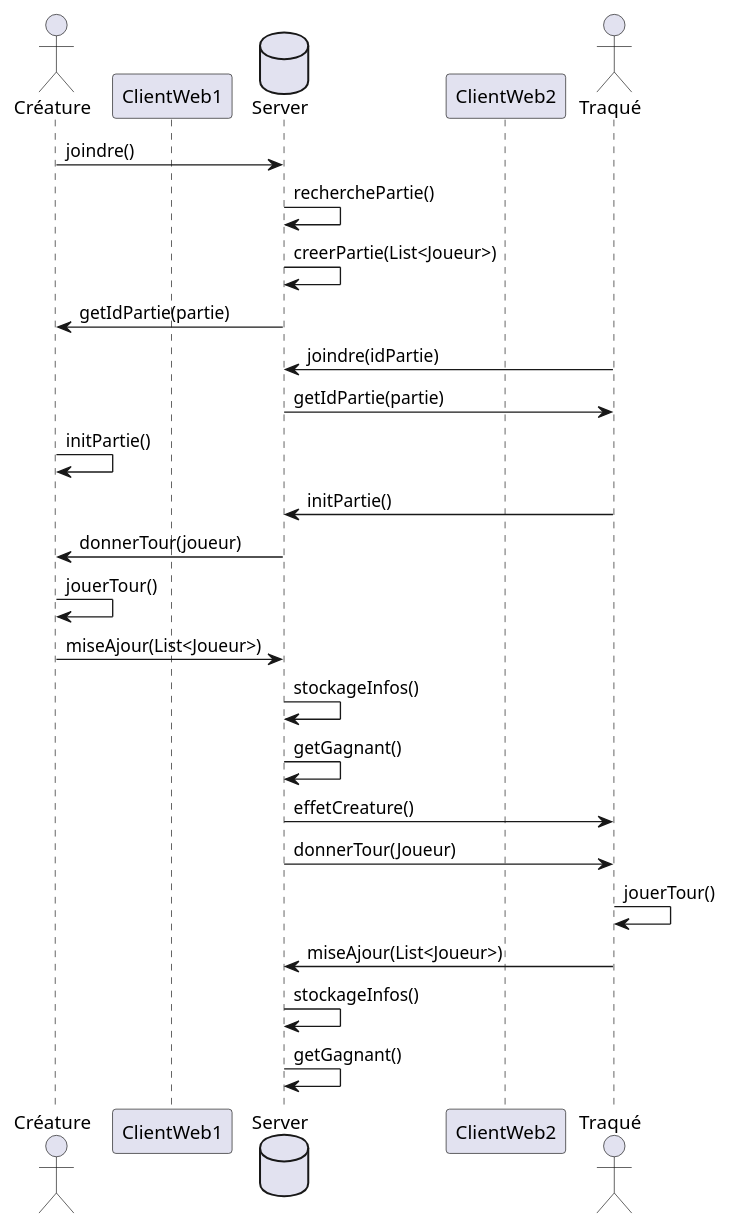
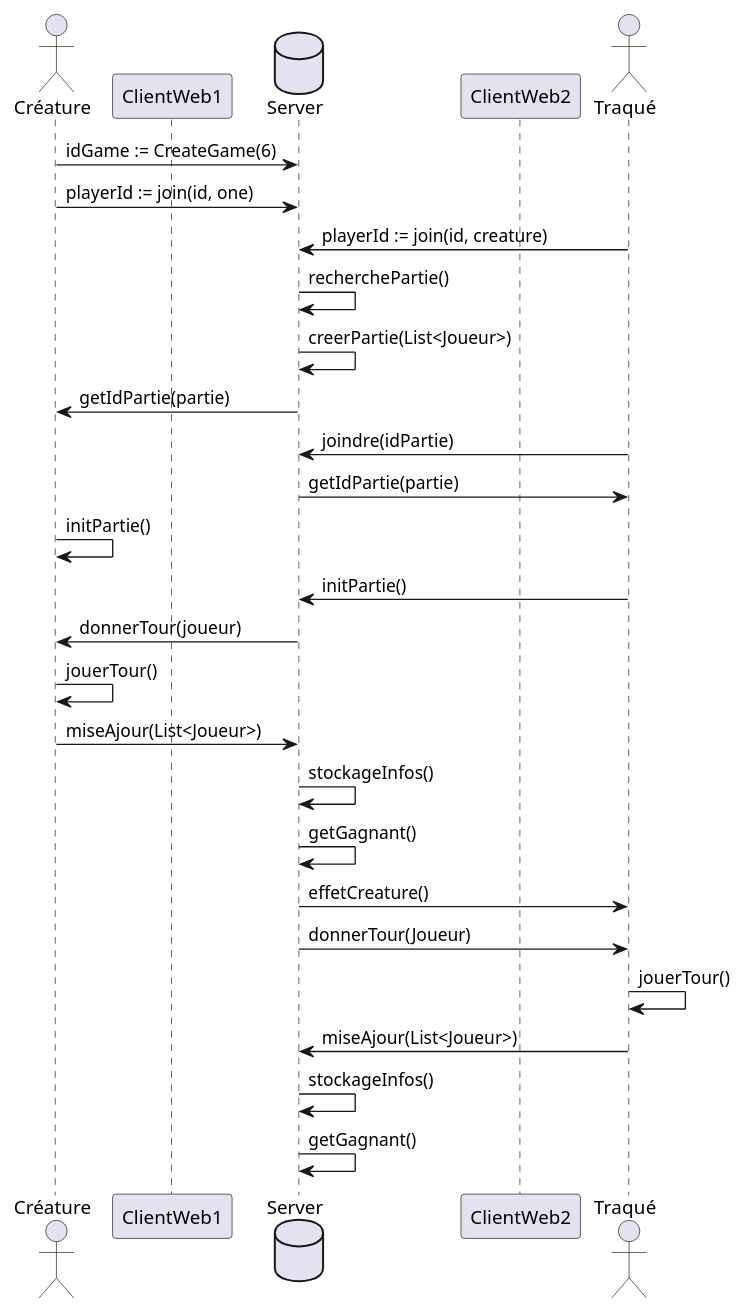
One commit to mdiallogn/Not-Alone changed the diagram in not-alone-doc/src/doc/asciidoc/_sections/diagrams/sequences.puml. Above: the diagram before and after it, drawn with PlantUML. The commit also changed 44 other files, not shown here.

```diff
--- a/not-alone-doc/src/doc/asciidoc/_sections/diagrams/sequences.puml
+++ b/not-alone-doc/src/doc/asciidoc/_sections/diagrams/sequences.puml
@@ -1,32 +1,34 @@
 @startuml
 
 actor Créature
 participant ClientWeb1
 database Server
 participant ClientWeb2
 actor Traqué
 
+Créature -> Server : idGame := CreateGame(6)
+Créature -> Server : playerId := join(id, one)
+Traqué -> Server : playerId := join(id, creature)
 
-Créature -> Server : joindre()
 Server -> Server : recherchePartie()
 Server -> Server : creerPartie(List<Joueur>)
 Server -> Créature : getIdPartie(partie)
 Traqué -> Server : joindre(idPartie)
 Server -> Traqué : getIdPartie(partie)
 Créature -> Créature : initPartie()
 Traqué -> Server : initPartie()
 Server -> Créature : donnerTour(joueur)
 Créature -> Créature : jouerTour()
 Créature -> Server : miseAjour(List<Joueur>)
 Server -> Server : stockageInfos()
 Server -> Server : getGagnant()
 Server -> Traqué : effetCreature()
 Server -> Traqué : donnerTour(Joueur)
 Traqué -> Traqué : jouerTour()
 Traqué -> Server : miseAjour(List<Joueur>)
 Server -> Server : stockageInfos()
 Server -> Server : getGagnant()
 
 
 
 @enduml
```
